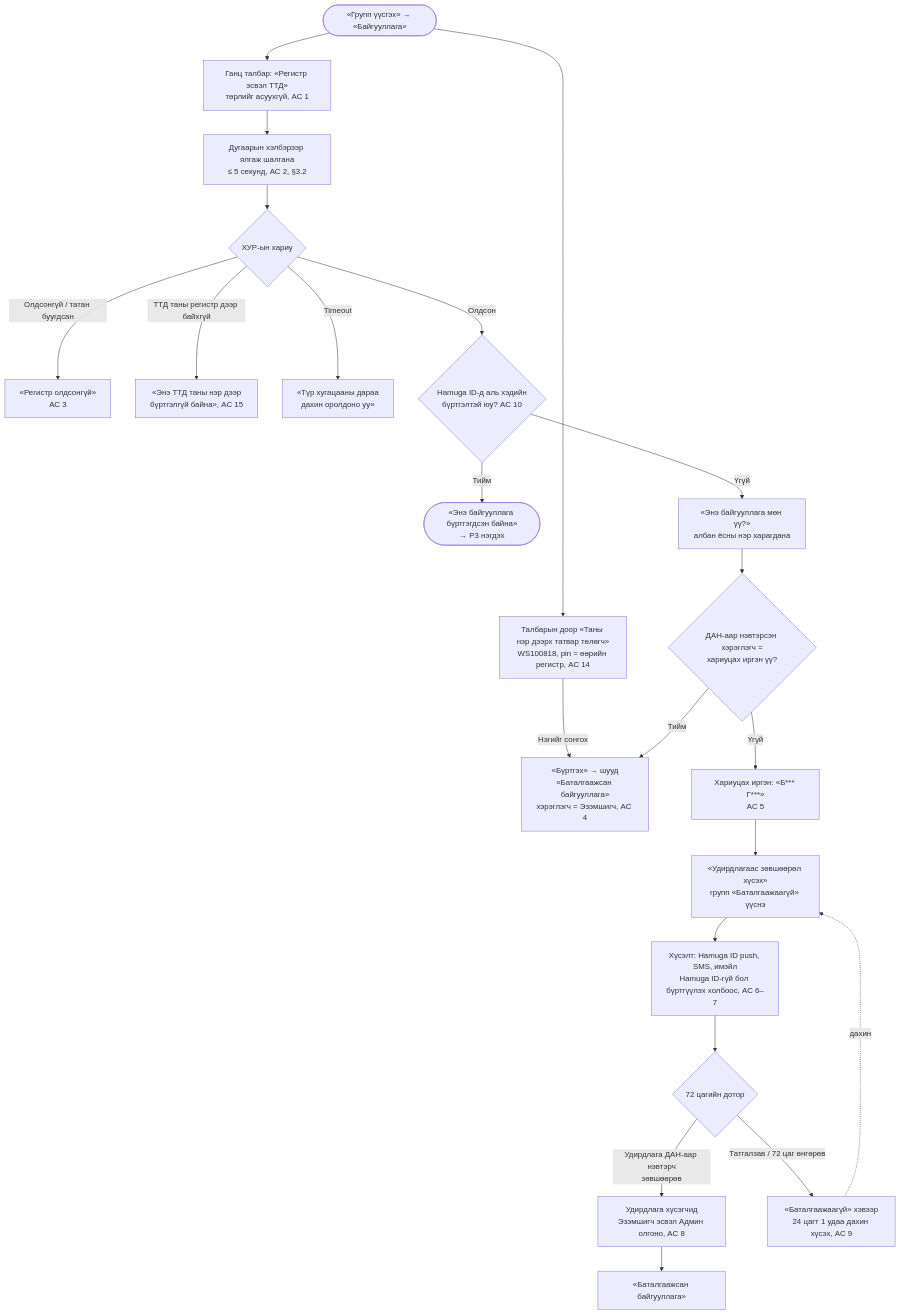
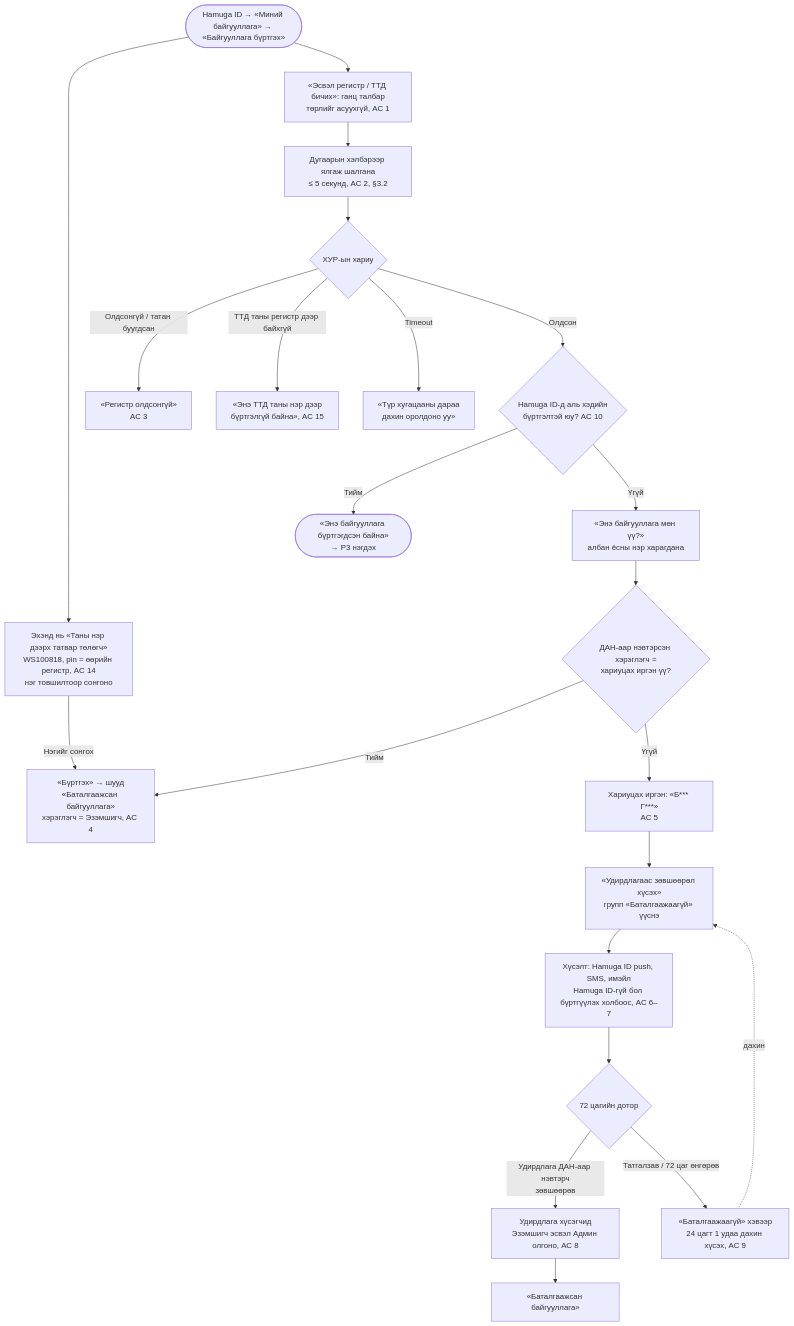
The fourth of 19 diagrams in docs/requirements/process-map-group-org-mn.md (zayaennnn-arch/ID-Group), drawn with Mermaid before and after one commit. The commit also changed other lines of this file and 3 other files, not shown here.

````diff
--- a/docs/requirements/process-map-group-org-mn.md
+++ b/docs/requirements/process-map-group-org-mn.md
@@ -109,26 +136,26 @@
 ```mermaid
 flowchart TD
-    S(["«Групп үүсгэх» → «Байгууллага»"]) --> IN["Ганц талбар: «Регистр эсвэл ТТД»<br/>төрлийг асуухгүй, AC 1"]
-    S --> MY["Талбарын доор «Таны нэр дээрх татвар төлөгч»<br/>WS100818, pin = өөрийн регистр, AC 14"]
+    S(["Hamuga ID → «Миний байгууллага» → «Байгууллага бүртгэх»"]) --> MY["Эхэнд нь «Таны нэр дээрх татвар төлөгч»<br/>WS100818, pin = өөрийн регистр, AC 14<br/>нэг товшилтоор сонгоно"]
+    S --> IN["«Эсвэл регистр / ТТД бичих»: ганц талбар<br/>төрлийг асуухгүй, AC 1"]
     MY -- "Нэгийг сонгох" --> OK
     IN --> CHK["Дугаарын хэлбэрээр ялгаж шалгана<br/>≤ 5 секунд, AC 2, §3.2"]
     CHK --> SRC{"ХУР-ын хариу"}
     SRC -- "Олдсонгүй / татан буугдсан" --> E1["«Регистр олдсонгүй»<br/>AC 3"]
     SRC -- "ТТД таны регистр дээр байхгүй" --> E3["«Энэ ТТД таны нэр дээр<br/>бүртгэлгүй байна», AC 15"]
     SRC -- "Timeout" --> E2["«Түр хугацааны дараа<br/>дахин оролдоно уу»"]
     SRC -- "Олдсон" --> DUP{"Hamuga ID-д аль хэдийн<br/>бүртгэлтэй юу? AC 10"}
     DUP -- "Тийм" --> J(["«Энэ байгууллага бүртгэгдсэн байна»<br/>→ P3 нэгдэх"])
     DUP -- "Үгүй" --> NAME["«Энэ байгууллага мөн үү?»<br/>албан ёсны нэр харагдана"]
     NAME --> WHO{"ДАН-аар нэвтэрсэн хэрэглэгч =<br/>хариуцах иргэн үү?"}
 
     WHO -- "Тийм" --> OK["«Бүртгэх» → шууд<br/>«Баталгаажсан байгууллага»<br/>хэрэглэгч = Эзэмшигч, AC 4"]
 
     WHO -- "Үгүй" --> MASK["Хариуцах иргэн: «Б*** Г***»<br/>AC 5"]
     MASK --> REQ["«Удирдлагаас зөвшөөрөл хүсэх»<br/>групп «Баталгаажаагүй» үүснэ"]
     REQ --> SEND["Хүсэлт: Hamuga ID push, SMS, имэйл<br/>Hamuga ID-гүй бол бүртгүүлэх холбоос, AC 6–7"]
     SEND --> WAIT{"72 цагийн дотор"}
     WAIT -- "Удирдлага ДАН-аар нэвтэрч<br/>зөвшөөрөв" --> ROLE["Удирдлага хүсэгчид<br/>Эзэмшигч эсвэл Админ олгоно, AC 8"]
     ROLE --> OK2["«Баталгаажсан байгууллага»"]
     WAIT -- "Татгалзав / 72 цаг өнгөрөв" --> NO["«Баталгаажаагүй» хэвээр<br/>24 цагт 1 удаа дахин хүсэх, AC 9"]
     NO -. "дахин" .-> REQ
 ```
````
